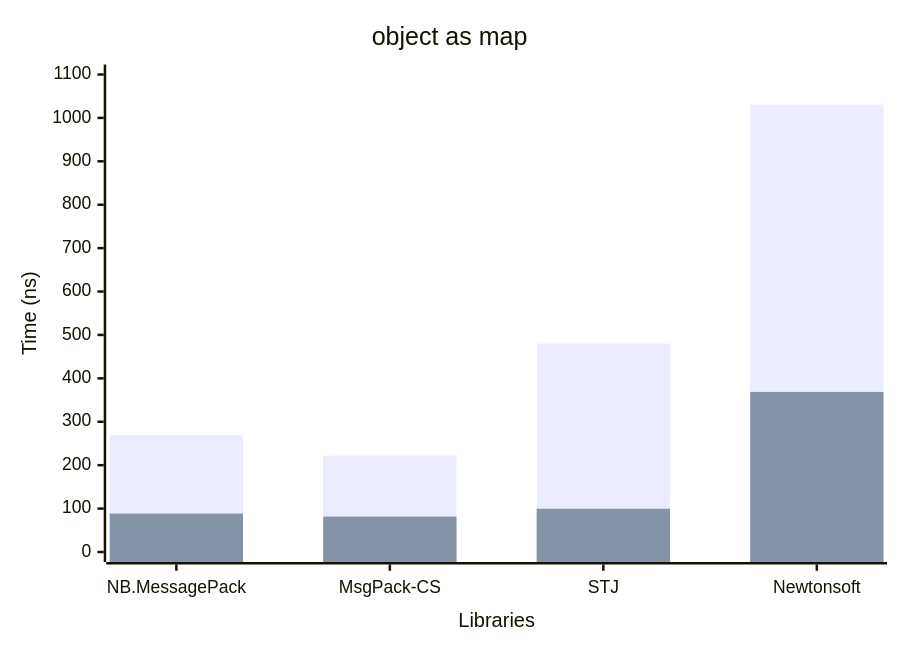
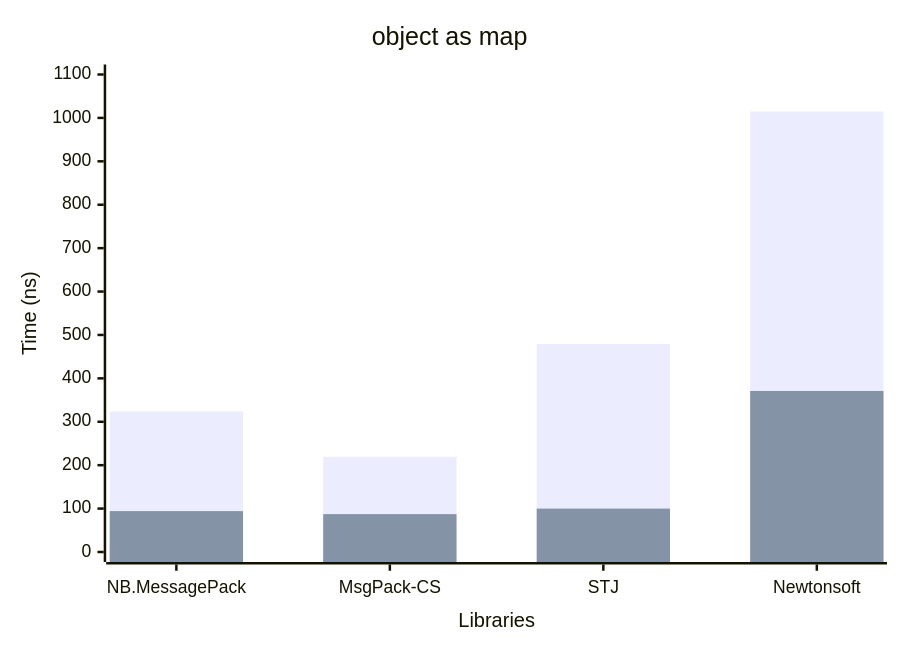
One commit to AArnott/Nerdbank.MessagePack changed the first of 4 diagrams in docfx/docs/perf.md. Above: the diagram before and after it, drawn with Mermaid. The commit also changed other lines of this file and 12 other files, not shown here.

````diff
--- a/docfx/docs/perf.md
+++ b/docfx/docs/perf.md
@@ -28,8 +28,8 @@
 ```mermaid
 xychart-beta
      x-axis "Libraries" ["NB.MessagePack", "MsgPack-CS", "STJ", "Newtonsoft"]
      y-axis "Time (ns)" 0 --> 1100
      title "object as map"
-     bar "Serialize+Deserialize" [269.13,222.12,480.03,1030.56]
-     bar "Serialize" [88.53,81.61,99.59,368.74]
+     bar "Serialize+Deserialize" [323.85,219.42,479.19,1014.76]
+     bar "Serialize" [94.21,87.23,99.95,370.93]
  ```
````
